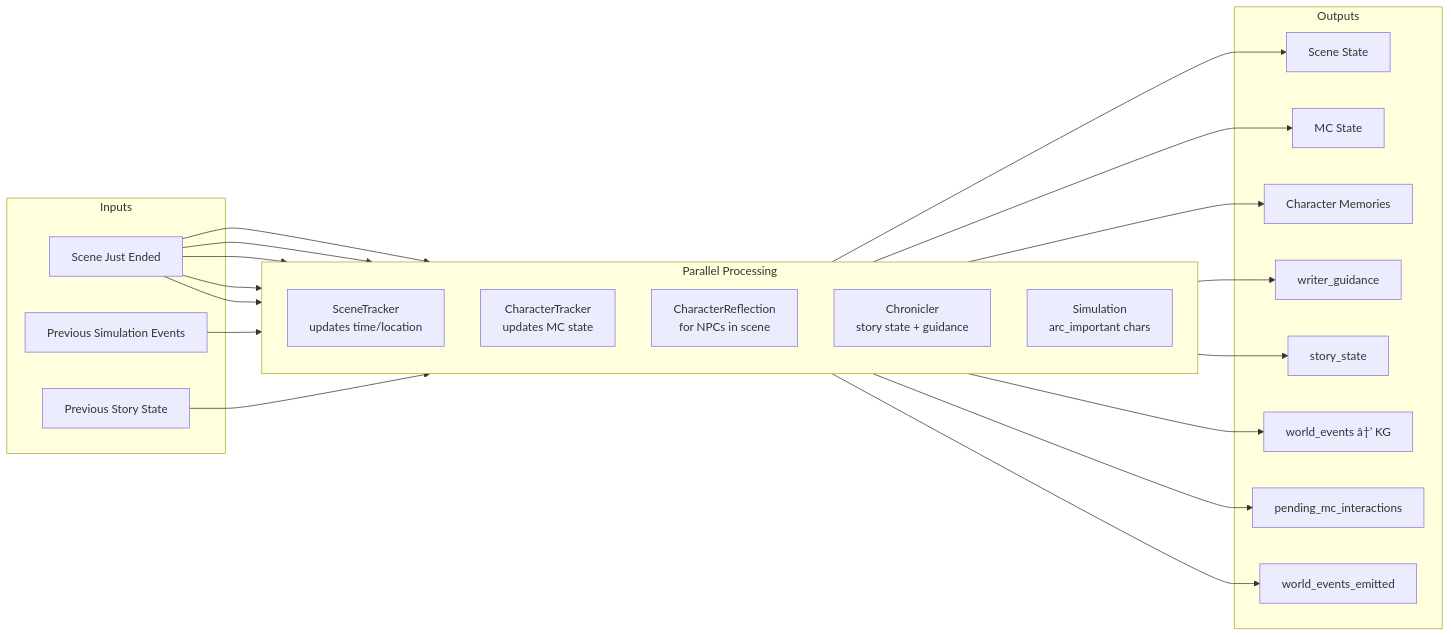
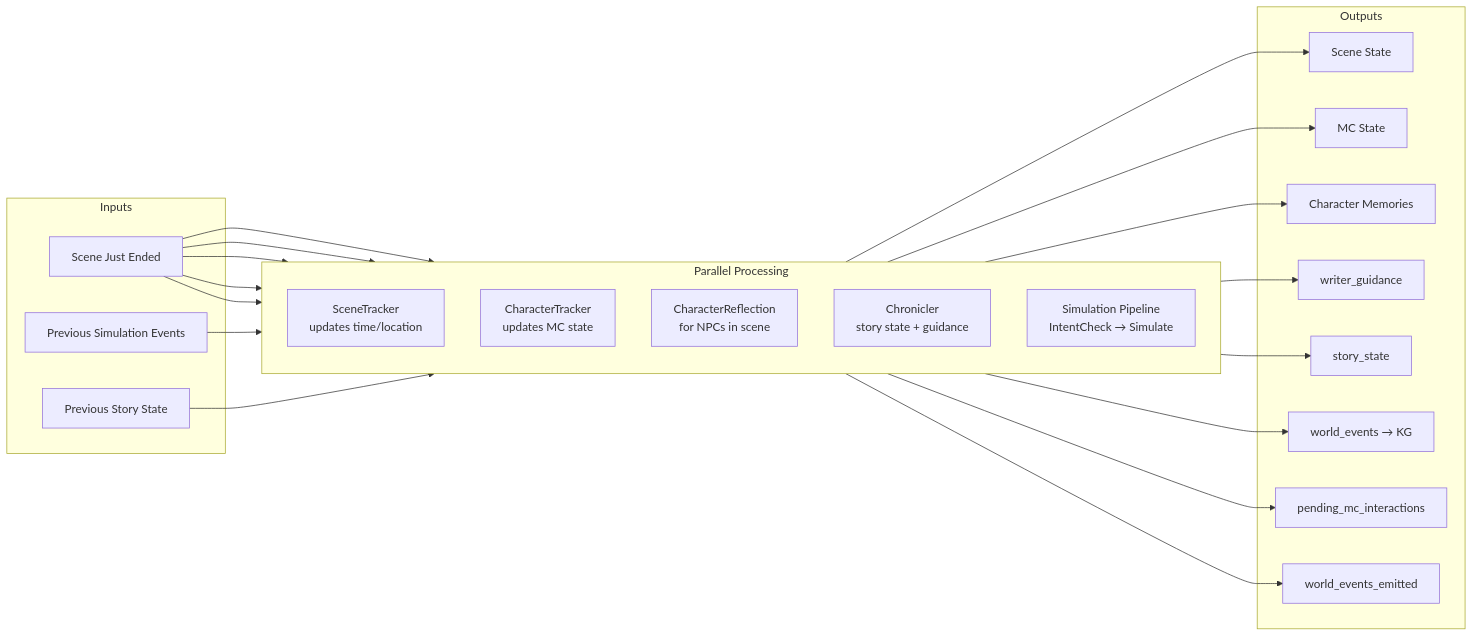
Before and after one commit to Czopenchauer/FableCraft: the second of 5 diagrams in doc/adr/SimulationSystemDesign.md, drawn with Mermaid. The commit also changed other lines of this file and 35 other files, not shown here.

````diff
--- a/doc/adr/SimulationSystemDesign.md
+++ b/doc/adr/SimulationSystemDesign.md
@@ -392,39 +377,39 @@
 ```mermaid
 flowchart LR
     subgraph Inputs
         scene[Scene Just Ended]
         prev_sim[Previous Simulation Events]
         prev_story[Previous Story State]
     end
     
     subgraph Parallel["Parallel Processing"]
         direction TB
         ST[SceneTracker<br/>updates time/location]
         CT[CharacterTracker<br/>updates MC state]
         CR[CharacterReflection<br/>for NPCs in scene]
         CH[Chronicler<br/>story state + guidance]
-        SIM[Simulation<br/>arc_important chars]
+        SIM[Simulation Pipeline<br/>IntentCheck → Simulate]
     end
     
     subgraph Outputs
         scene_state[Scene State]
         mc_state[MC State]
         char_memories[Character Memories]
         writer_guid[writer_guidance]
         story_state[story_state]
-        world_ev[world_events â†’ KG]
+        world_ev[world_events → KG]
         pending[pending_mc_interactions]
         sim_events[world_events_emitted]
     end
     
     scene --> ST & CT & CR & CH
     prev_sim --> CH
     prev_story --> CH
     scene --> SIM
     
     ST --> scene_state
     CT --> mc_state
     CR --> char_memories
     CH --> writer_guid & story_state & world_ev
     SIM --> pending & sim_events
 ```
````
